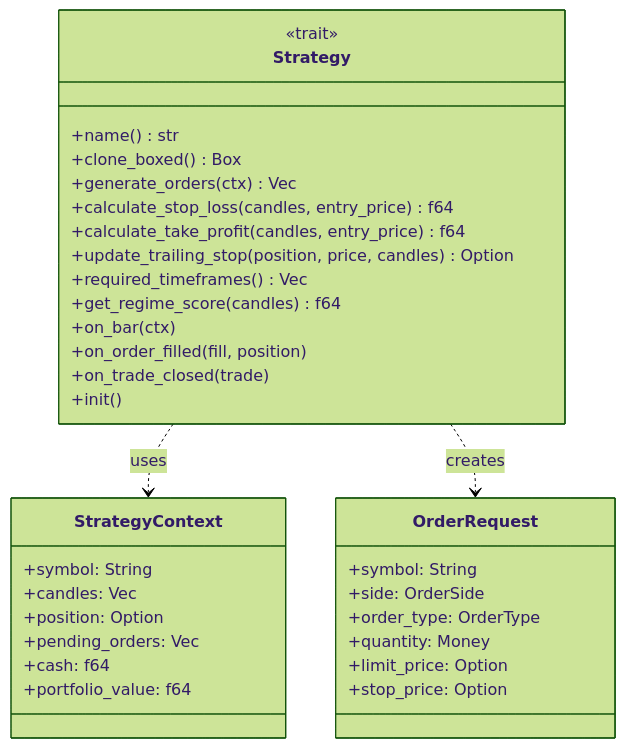
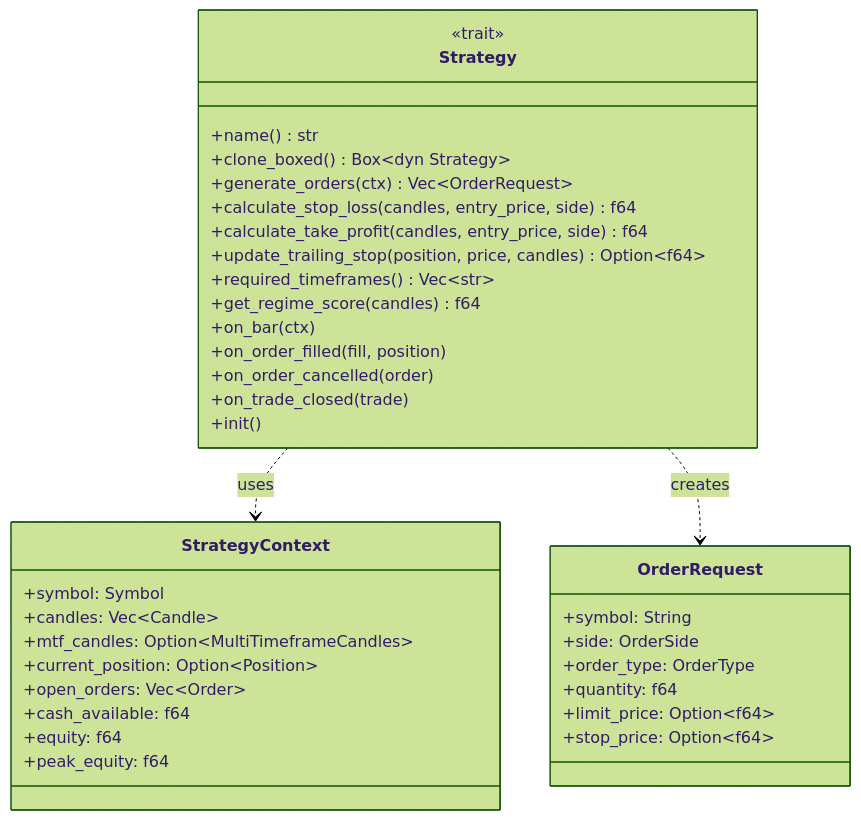
Before and after one commit to P0W/crypto-strategies: the fifth of 8 diagrams in docs/ARCHITECTURE.md, drawn with Mermaid (forest theme). The commit also changed other lines of this file and 3 other files, not shown here.

First line of the commit message:
Update documentation with current architecture

````diff
--- a/docs/ARCHITECTURE.md
+++ b/docs/ARCHITECTURE.md
@@ -185,39 +206,42 @@
 ```mermaid
 classDiagram
     class Strategy {
         <<trait>>
         +name() str
-        +clone_boxed() Box
-        +generate_orders(ctx) Vec
-        +calculate_stop_loss(candles, entry_price) f64
-        +calculate_take_profit(candles, entry_price) f64
-        +update_trailing_stop(position, price, candles) Option
-        +required_timeframes() Vec
+        +clone_boxed() Box~dyn Strategy~
+        +generate_orders(ctx) Vec~OrderRequest~
+        +calculate_stop_loss(candles, entry_price, side) f64
+        +calculate_take_profit(candles, entry_price, side) f64
+        +update_trailing_stop(position, price, candles) Option~f64~
+        +required_timeframes() Vec~str~
         +get_regime_score(candles) f64
         +on_bar(ctx)
         +on_order_filled(fill, position)
+        +on_order_cancelled(order)
         +on_trade_closed(trade)
         +init()
     }
 
     class StrategyContext {
-        +symbol: String
-        +candles: Vec
-        +position: Option
-        +pending_orders: Vec
-        +cash: f64
-        +portfolio_value: f64
+        +symbol: Symbol
+        +candles: Vec~Candle~
+        +mtf_candles: Option~MultiTimeframeCandles~
+        +current_position: Option~Position~
+        +open_orders: Vec~Order~
+        +cash_available: f64
+        +equity: f64
+        +peak_equity: f64
     }
 
     class OrderRequest {
         +symbol: String
         +side: OrderSide
         +order_type: OrderType
-        +quantity: Money
-        +limit_price: Option
-        +stop_price: Option
+        +quantity: f64
+        +limit_price: Option~f64~
+        +stop_price: Option~f64~
     }
 
     Strategy ..> StrategyContext : uses
     Strategy ..> OrderRequest : creates
 ```
````
